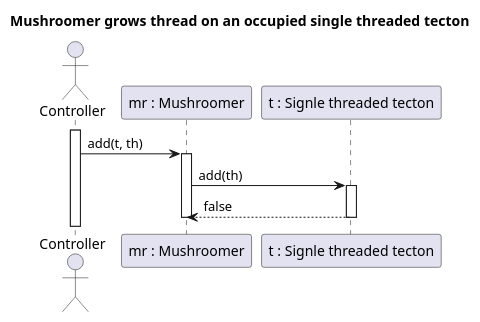
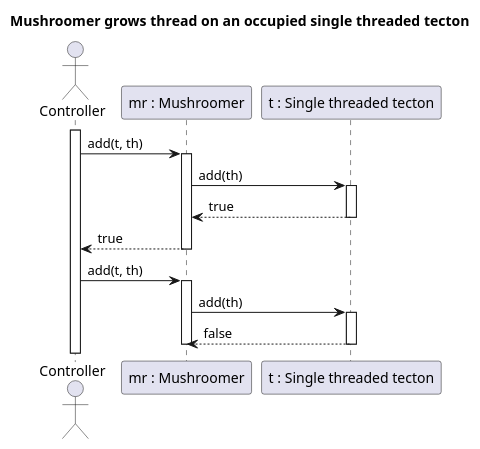
The diagram in 5/sequences/growThreadOnSingleThreaded.puml (Petya-G/fungorium), drawn with PlantUML before and after one commit. The commit also changed 5 other files, not shown here.

Commit message:
grow thread on singleThreaded starts from no thread

```diff
--- a/5/sequences/growThreadOnSingleThreaded.puml
+++ b/5/sequences/growThreadOnSingleThreaded.puml
@@ -1,19 +1,32 @@
 @startuml growThreadOnSingle
 title Mushroomer grows thread on an occupied single threaded tecton
 
 actor Controller
 participant "mr : Mushroomer" as MR
-participant "t : Signle threaded tecton" as T
+participant "t : Single threaded tecton" as T
 
 activate Controller
+Controller -> MR : add(t, th)
+activate MR
+
+MR -> T : add(th)
+activate T
+
+MR <-- T : true
+deactivate T
+
+Controller <-- MR: true
+deactivate MR
+
 Controller -> MR : add(t, th)
 activate MR
 
 MR -> T : add(th)
 activate T
 
 MR <-- T : false
 deactivate T
 
+'Controller <-- MR: true
 deactivate MR
 @enduml
```
